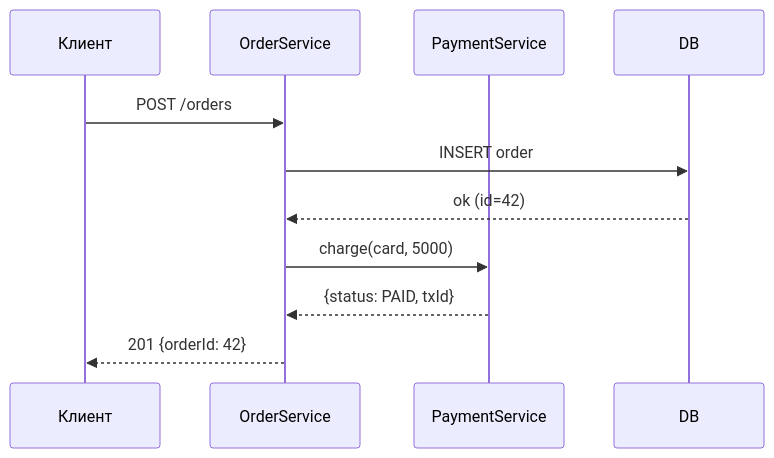
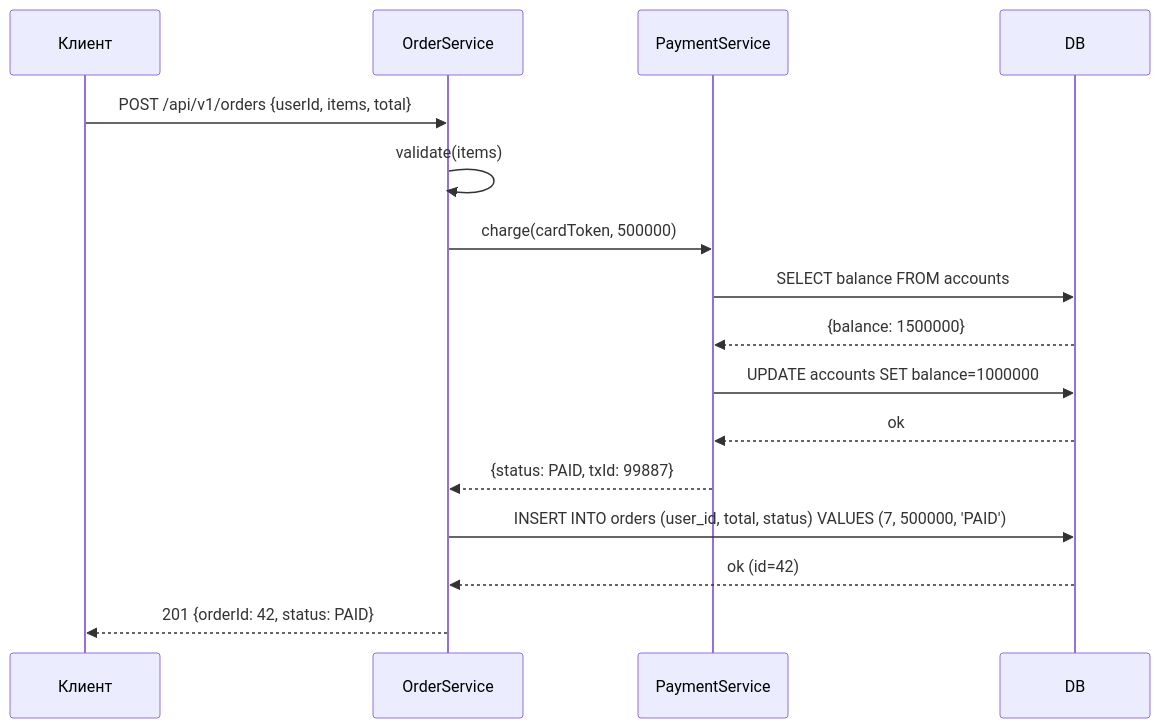
One commit to MihailSbuchelov/System-Analysis-School changed the first of 9 diagrams in tatiana-integratsii-ch1/zanyatie-03-uml-sequence/prezentaciya.md. Above: the diagram before and after it, drawn with Mermaid. The commit also changed other lines of this file and 5 other files, not shown here.

````diff
--- a/tatiana-integratsii-ch1/zanyatie-03-uml-sequence/prezentaciya.md
+++ b/tatiana-integratsii-ch1/zanyatie-03-uml-sequence/prezentaciya.md
@@ -63,14 +42,19 @@
 ```mermaid
 sequenceDiagram
     participant C as Клиент
     participant O as OrderService
     participant P as PaymentService
     participant D as DB
 
-    C->>O: POST /orders
-    O->>D: INSERT order
+    C->>O: POST /api/v1/orders {userId, items, total}
+    O->>O: validate(items)
+    O->>P: charge(cardToken, 500000)
+    P->>D: SELECT balance FROM accounts
+    D-->>P: {balance: 1500000}
+    P->>D: UPDATE accounts SET balance=1000000
+    D-->>P: ok
+    P-->>O: {status: PAID, txId: 99887}
+    O->>D: INSERT INTO orders (user_id, total, status) VALUES (7, 500000, 'PAID')
     D-->>O: ok (id=42)
-    O->>P: charge(card, 5000)
-    P-->>O: {status: PAID, txId}
-    O-->>C: 201 {orderId: 42}
+    O-->>C: 201 {orderId: 42, status: PAID}
 ```
````
